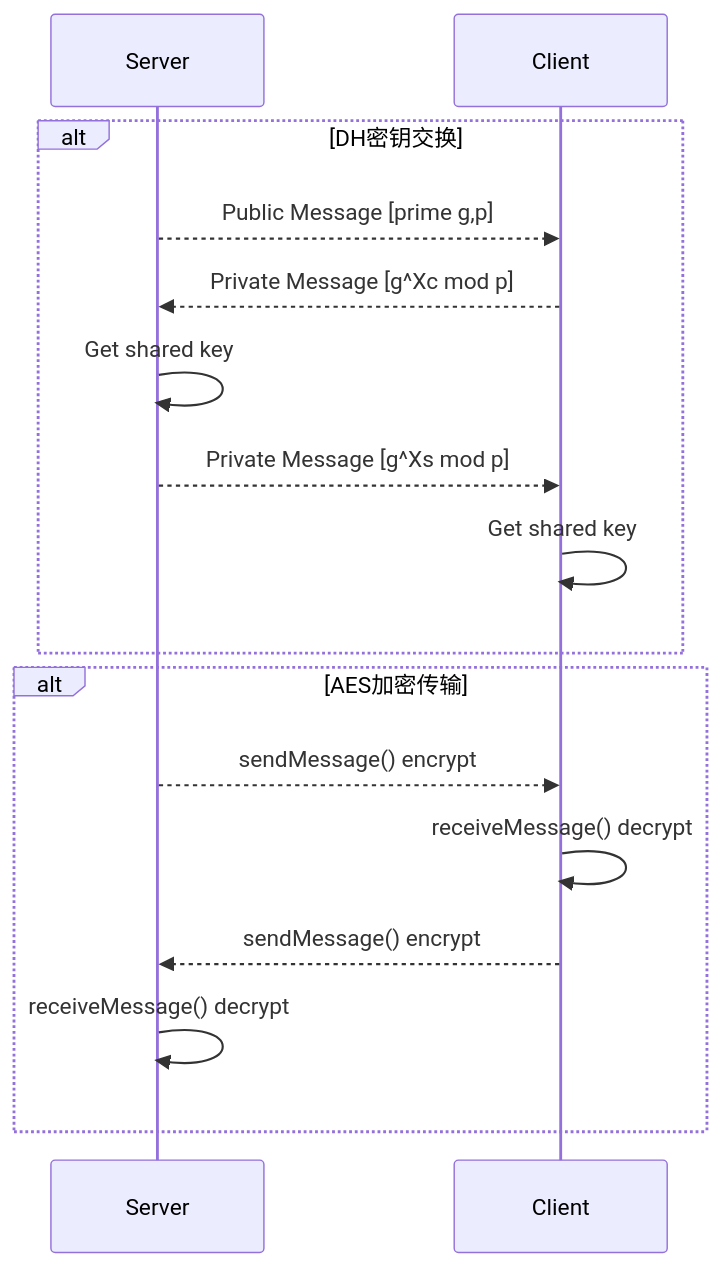
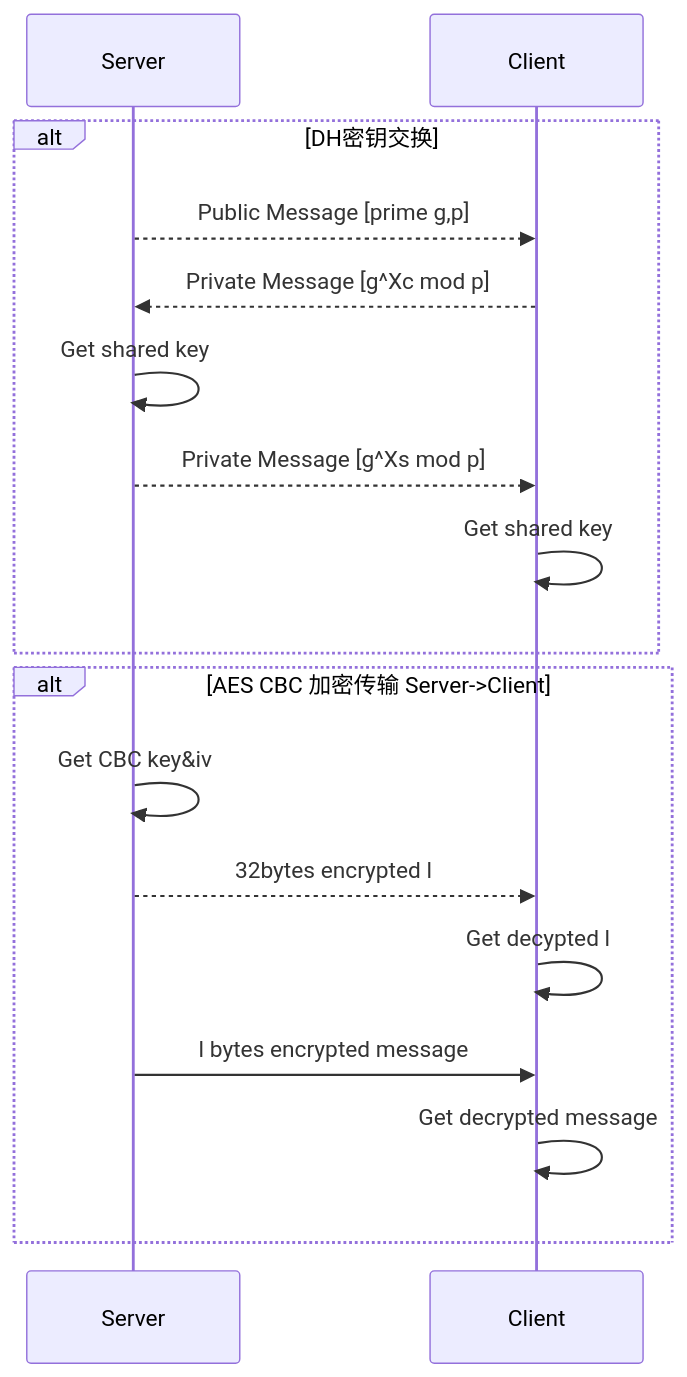
One commit to shesl-meow/TlsUdpProtocol changed the diagram in MermaidGraph/SecureSocket.mmd. Above: the diagram before and after it, drawn with Mermaid. The commit also changed 3 other files, not shown here.

```diff
--- a/MermaidGraph/SecureSocket.mmd
+++ b/MermaidGraph/SecureSocket.mmd
@@ -1,17 +1,18 @@
 sequenceDiagram
 
 participant Server; participant Client;
 
 alt DH密钥交换
     Server-->>Client: Public Message [prime g,p]
     Client-->>Server: Private Message [g^Xc mod p]
     Server->>Server: Get shared key
     Server-->>Client: Private Message [g^Xs mod p]
     Client->>Client: Get shared key
 end
-alt AES加密传输
-	Server-->>Client: sendMessage() encrypt
-	Client->>Client: receiveMessage() decrypt
-	Client-->>Server: sendMessage() encrypt
-	Server->>Server: receiveMessage() decrypt
+alt AES CBC 加密传输 Server->Client
+	Server->>Server: Get CBC key&iv
+	Server-->>Client: 32bytes encrypted l
+	Client->>Client: Get decypted l
+	Server->>Client: l bytes encrypted message
+	Client->>Client: Get decrypted message
 end
```
